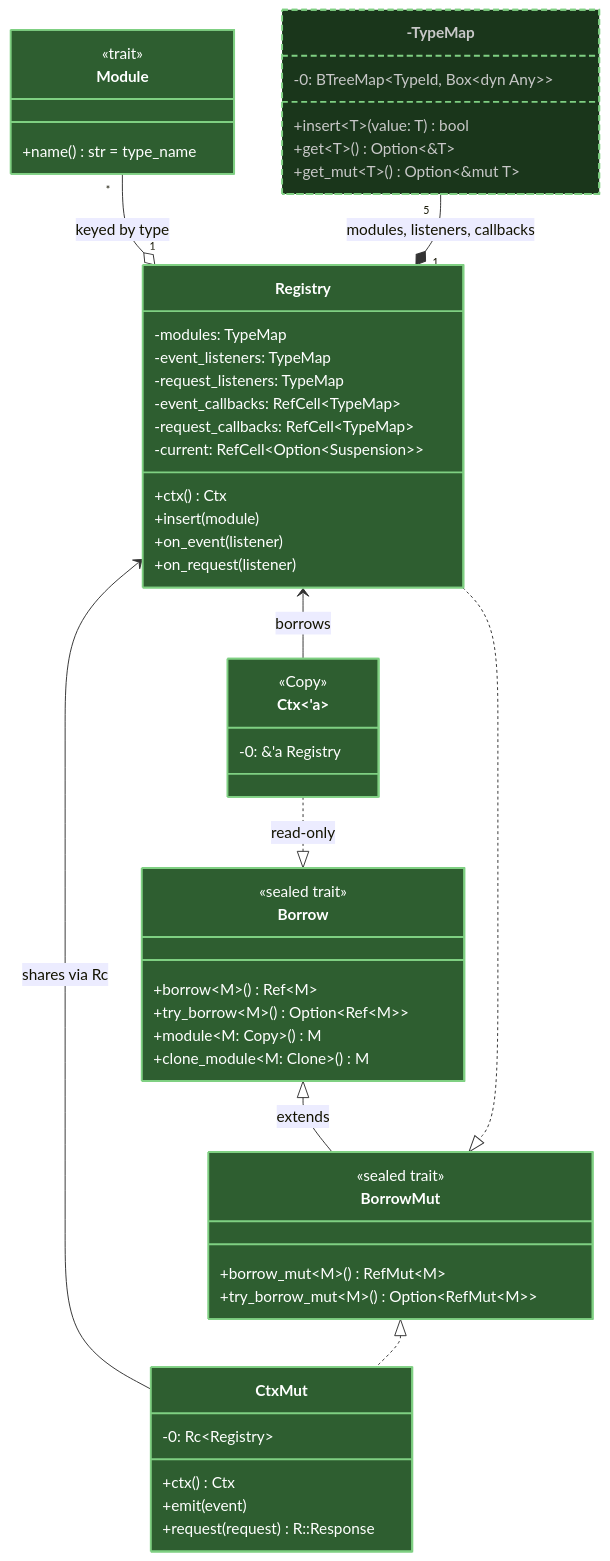
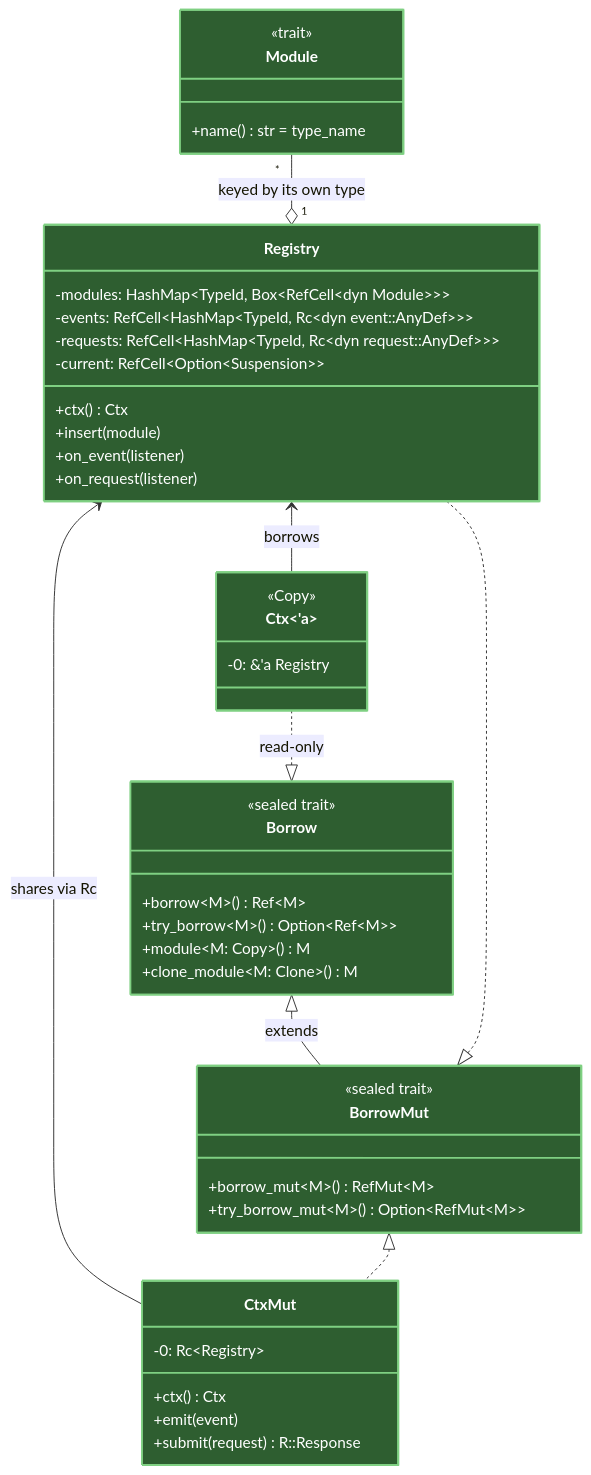
One commit to andrewtc/posturn changed the third of 5 diagrams in book/src/next_turn/plan/types.md. Above: the diagram before and after it, drawn with Mermaid. The commit also changed other lines of this file and 9 other files, not shown here.

````diff
--- a/book/src/next_turn/plan/types.md
+++ b/book/src/next_turn/plan/types.md
@@ -134,79 +134,68 @@
 ```mermaid
 %%{init: {"class": {"nodeSpacing": 10, "rankSpacing": 20}}}%%
 classDiagram
     direction TB
 
     %% Generics that nest, or contain `()`, are written with HTML entities (`#lt;`, `#gt;`, `#40;`, `#41;`): Mermaid
     %% misreads nested `~T~` generics as Markdown strikethrough, and treats any member containing `()` as a method.
     %% Layout: the order of declarations and the direction of each arrow (e.g. `A <.. B` instead of `B ..> A`, which
     %% means the same thing) were tuned by measuring rendered variants for size and edge crossings. Reordering lines
     %% or flipping arrows here can change the layout noticeably.
 
     class Module {
         <<trait>>
         +name() str = type_name
     }
 
     class Borrow {
         <<sealed trait>>
         +borrow~M~() Ref~M~
         +try_borrow~M~() Option~Ref~M~~
         +module~M: Copy~() M
         +clone_module~M: Clone~() M
     }
 
-    class TypeMap["-TypeMap"] {
-        -0: BTreeMap#lt;TypeId, Box#lt;dyn Any#gt;#gt;
-        +insert~T~(value: T) bool
-        +get~T~() Option~&T~
-        +get_mut~T~() Option~&mut T~
-    }
-
     class BorrowMut {
         <<sealed trait>>
         +borrow_mut~M~() RefMut~M~
         +try_borrow_mut~M~() Option~RefMut~M~~
     }
 
     class Registry {
-        -modules: TypeMap
-        -event_listeners: TypeMap
-        -request_listeners: TypeMap
-        -event_callbacks: RefCell~TypeMap~
-        -request_callbacks: RefCell~TypeMap~
-        -current: RefCell~Option~Suspension~~
+        -modules: HashMap#lt;TypeId, Box#lt;RefCell#lt;dyn Module#gt;#gt;#gt;
+        -events: RefCell#lt;HashMap#lt;TypeId, Rc#lt;dyn event::AnyDef#gt;#gt;#gt;
+        -requests: RefCell#lt;HashMap#lt;TypeId, Rc#lt;dyn request::AnyDef#gt;#gt;#gt;
+        -current: RefCell#lt;Option#lt;Suspension#gt;#gt;
         +ctx() Ctx
         +insert(module)
         +on_event(listener)
         +on_request(listener)
     }
 
     class Ctx~'a~ {
         <<Copy>>
         -0: &'a Registry
     }
 
     class CtxMut {
         -0: Rc~Registry~
         +ctx() Ctx
         +emit(event)
-        +request(request) R::Response
+        +submit(request) R::Response
     }
 
-    Module "*" --o "1" Registry : keyed by type
+    Module "*" --o "1" Registry : keyed by its own type
     Borrow <|-- BorrowMut : extends
     Registry ..|> BorrowMut
     Registry <-- CtxMut : shares via Rc
     BorrowMut <|.. CtxMut
-    TypeMap "5" --* "1" Registry : modules, listeners, callbacks
     Registry <-- Ctx : borrows
     Ctx ..|> Borrow : read-only
 
     style Registry fill:#2e5e30,stroke:#7fd082,stroke-width:2px,color:#ffffff
     style CtxMut fill:#2e5e30,stroke:#7fd082,stroke-width:2px,color:#ffffff
     style Module fill:#2e5e30,stroke:#7fd082,stroke-width:2px,color:#ffffff
     style Borrow fill:#2e5e30,stroke:#7fd082,stroke-width:2px,color:#ffffff
     style BorrowMut fill:#2e5e30,stroke:#7fd082,stroke-width:2px,color:#ffffff
-    style TypeMap fill:#1a361b,stroke:#7fd082,stroke-width:2px,stroke-dasharray:6 4,color:#c8c8c8
     style Ctx fill:#2e5e30,stroke:#7fd082,stroke-width:2px,color:#ffffff
 ```
````
